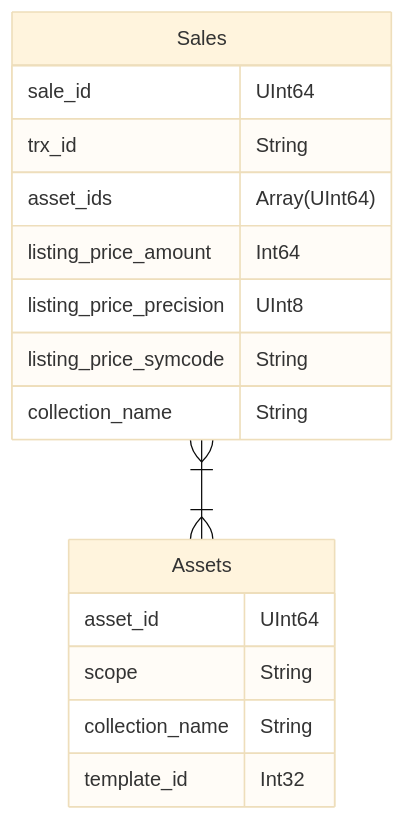
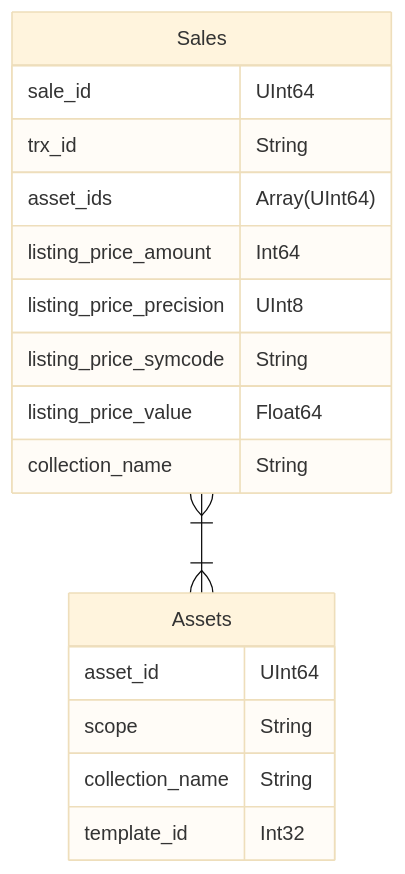
Before and after one commit to pinax-network/substreams-atomic-api: the diagram in README.md, drawn with Mermaid (base theme). The commit also changed other lines of this file and 3 other files, not shown here.

````diff
--- a/README.md
+++ b/README.md
@@ -60,23 +64,24 @@
 ```mermaid
 erDiagram
     Sales }|--|{ Assets : " "
 
     Sales {
         sale_id     UInt64
         trx_id      String
         asset_ids   Array(UInt64)
         listing_price_amount  Int64
         listing_price_precision  UInt8
         listing_price_symcode    String
+        listing_price_value      Float64
         collection_name String
 
     }
 
     Assets {
         asset_id     UInt64
         scope        String
         collection_name String
         template_id  Int32
 
     }
 ```
````
